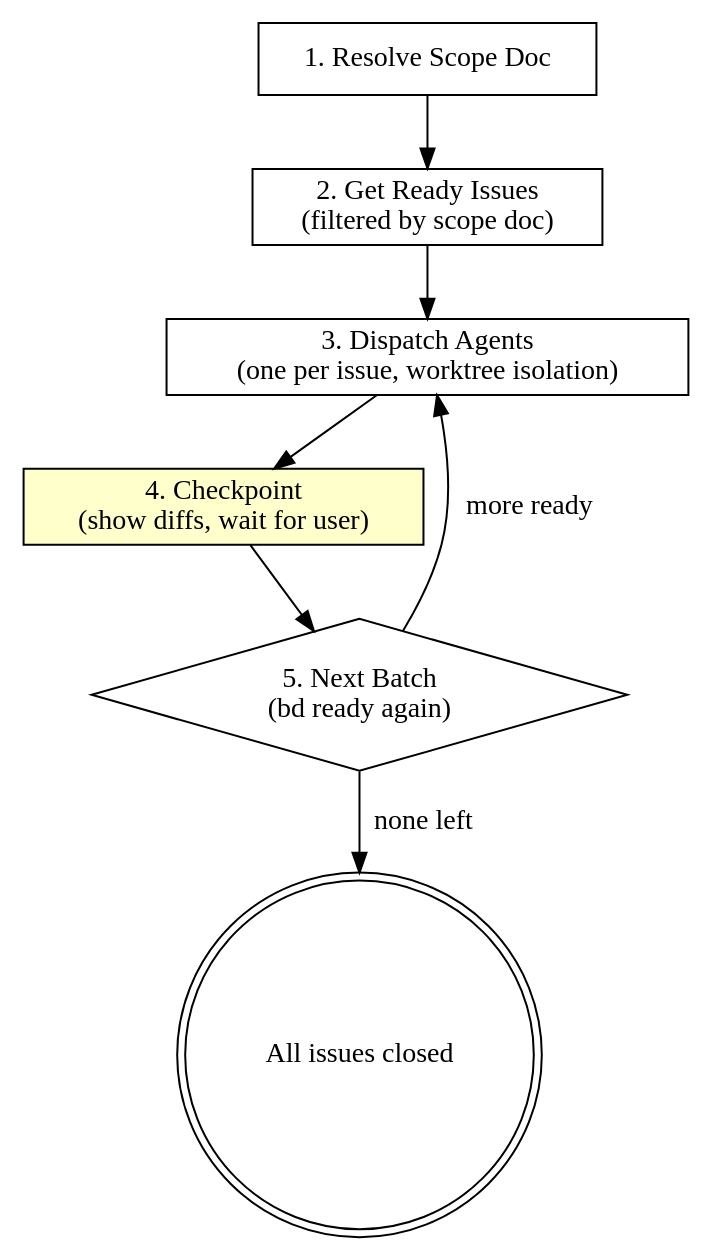
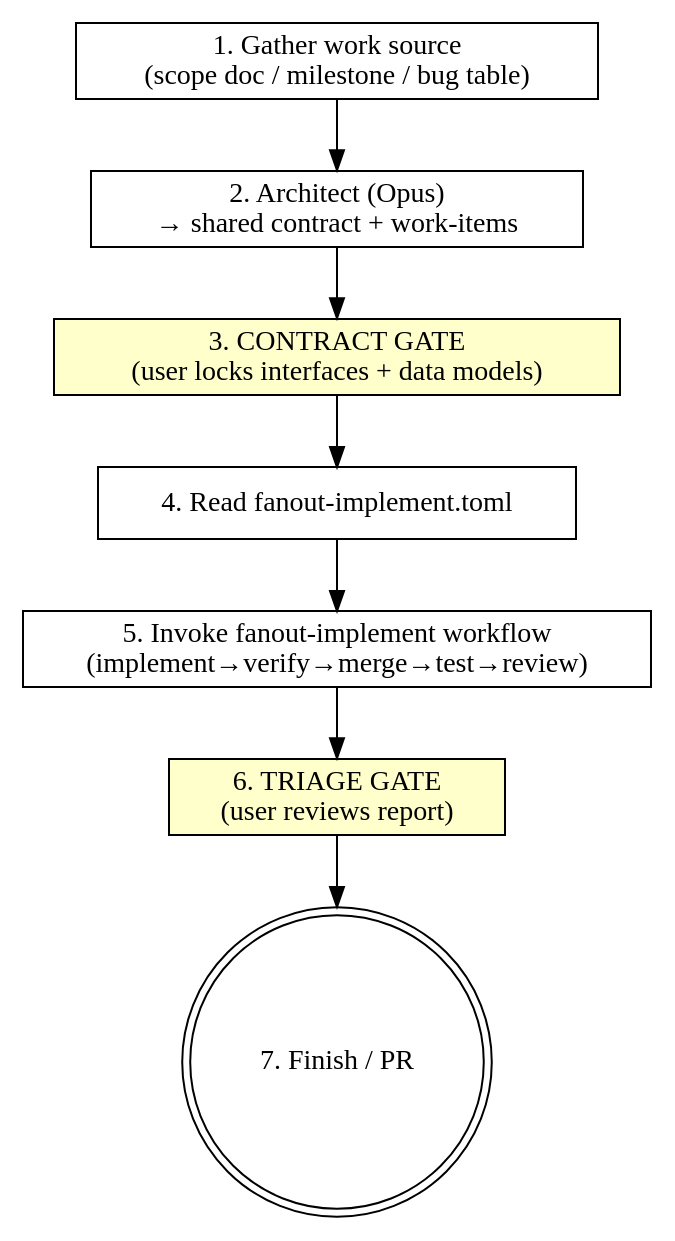
The diagram in .claude/skills/execute-plan/skill.md (Nilay-Shah/dotfiles), drawn with Graphviz before and after one commit. The commit also changed other lines of this file and 26 other files, not shown here.

````diff
--- a/.claude/skills/execute-plan/skill.md
+++ b/.claude/skills/execute-plan/skill.md
@@ -18,15 +18,14 @@
 ```dot
 digraph execute_plan {
     rankdir=TB;
-    resolve [label="1. Resolve Scope Doc", shape=box];
-    ready [label="2. Get Ready Issues\n(filtered by scope doc)", shape=box];
-    dispatch [label="3. Dispatch Agents\n(one per issue, worktree isolation)", shape=box];
-    checkpoint [label="4. Checkpoint\n(show diffs, wait for user)", shape=box, style=filled, fillcolor="#ffffcc"];
-    next [label="5. Next Batch\n(bd ready again)", shape=diamond];
-    done [label="All issues closed", shape=doublecircle];
+    source    [label="1. Gather work source\n(scope doc / milestone / bug table)", shape=box];
+    architect [label="2. Architect (Opus)\n→ shared contract + work-items", shape=box];
+    gate1     [label="3. CONTRACT GATE\n(user locks interfaces + data models)", shape=box, style=filled, fillcolor="#ffffcc"];
+    config    [label="4. Read fanout-implement.toml", shape=box];
+    run       [label="5. Invoke fanout-implement workflow\n(implement→verify→merge→test→review)", shape=box];
+    gate2     [label="6. TRIAGE GATE\n(user reviews report)", shape=box, style=filled, fillcolor="#ffffcc"];
+    finish    [label="7. Finish / PR", shape=doublecircle];
 
-    resolve -> ready -> dispatch -> checkpoint -> next;
-    next -> dispatch [label="more ready"];
-    next -> done [label="none left"];
+    source -> architect -> gate1 -> config -> run -> gate2 -> finish;
 }
 ```
````
